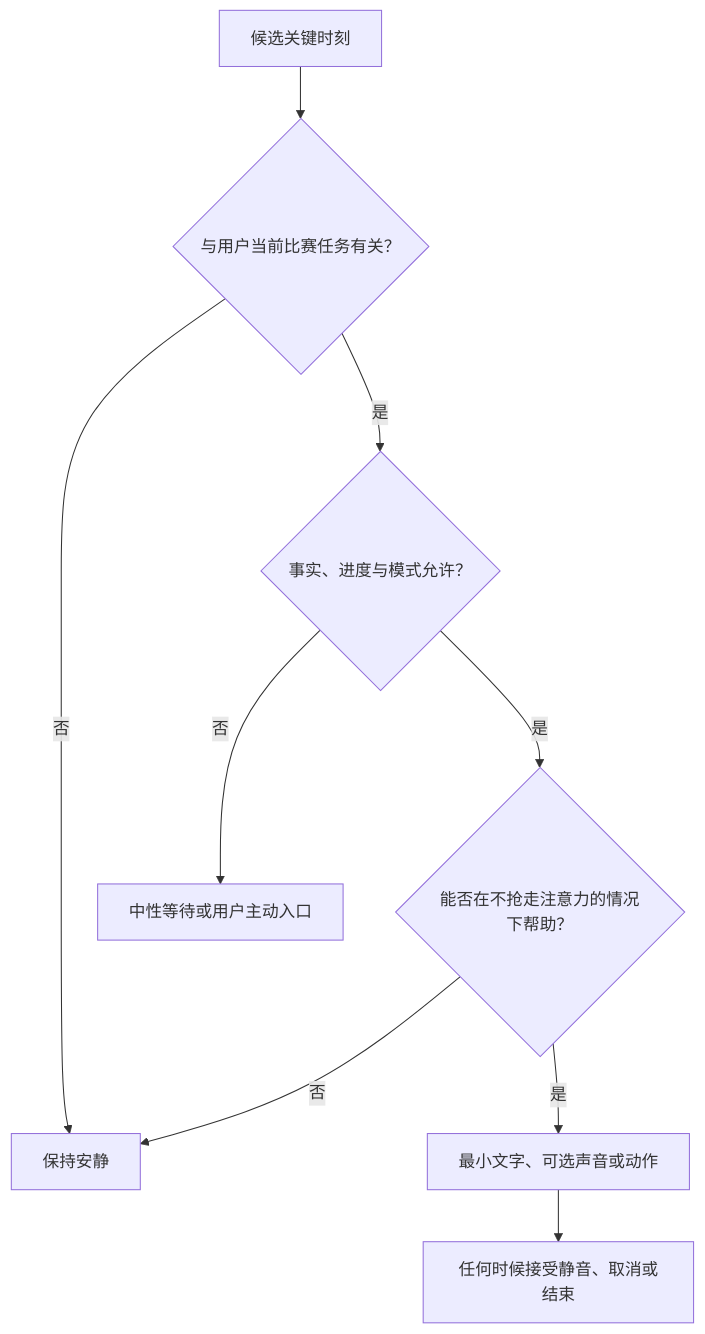
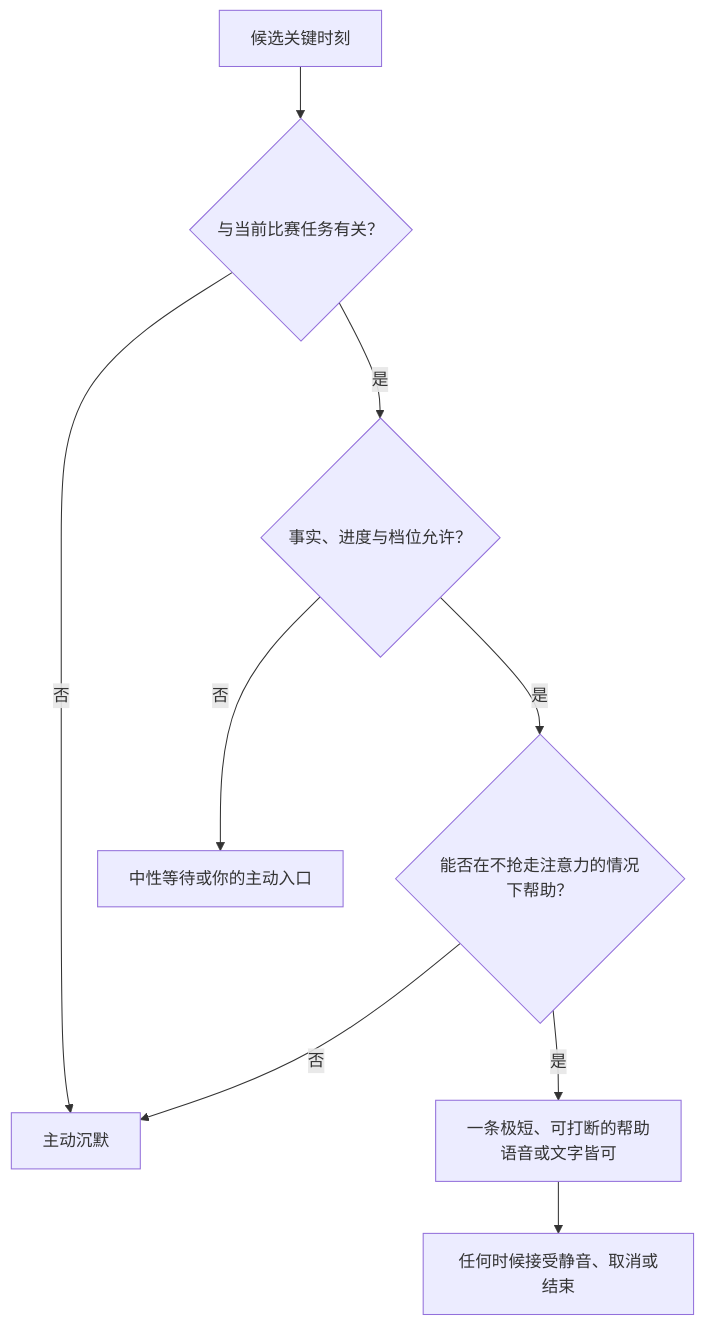
Before and after one commit to weiz98417-crypto/qiuqiu: the third of 11 diagrams in docs/球球全套资料/4.产品设计/22-赛前赛中赛后陪看旅程设计.md, drawn with Mermaid. The commit also changed other lines of this file and 49 other files, not shown here.

````diff
--- a/docs/球球全套资料/4.产品设计/22-赛前赛中赛后陪看旅程设计.md
+++ b/docs/球球全套资料/4.产品设计/22-赛前赛中赛后陪看旅程设计.md
@@ -273,11 +211,11 @@
 ```mermaid
 flowchart TB
-    Moment[候选关键时刻] --> Test1{与用户当前比赛任务有关？}
-    Test1 -->|否| Silent[保持安静]
-    Test1 -->|是| Test2{事实、进度与模式允许？}
-    Test2 -->|否| Wait[中性等待或用户主动入口]
+    Moment[候选关键时刻] --> Test1{与当前比赛任务有关？}
+    Test1 -->|否| Silent[主动沉默]
+    Test1 -->|是| Test2{事实、进度与档位允许？}
+    Test2 -->|否| Wait[中性等待或你的主动入口]
     Test2 -->|是| Test3{能否在不抢走注意力的情况下帮助？}
     Test3 -->|否| Silent
-    Test3 -->|是| Offer[最小文字、可选声音或动作]
+    Test3 -->|是| Offer[一条极短、可打断的帮助\n语音或文字皆可]
     Offer --> Cancel[任何时候接受静音、取消或结束]
 ```
````
